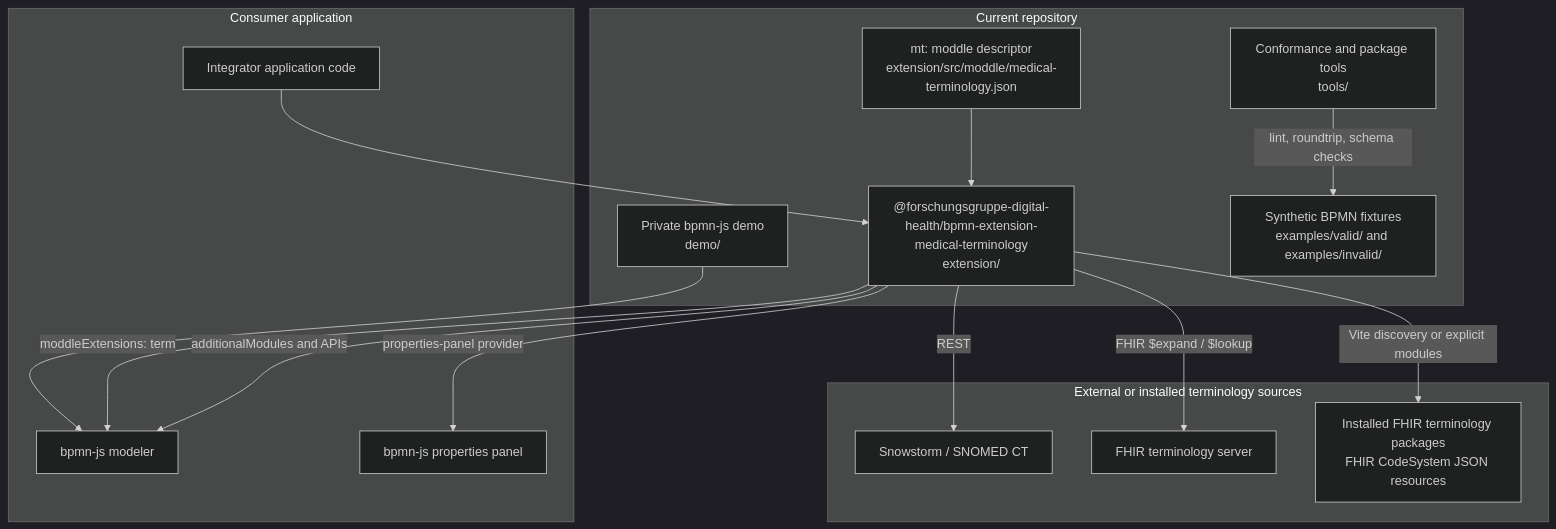
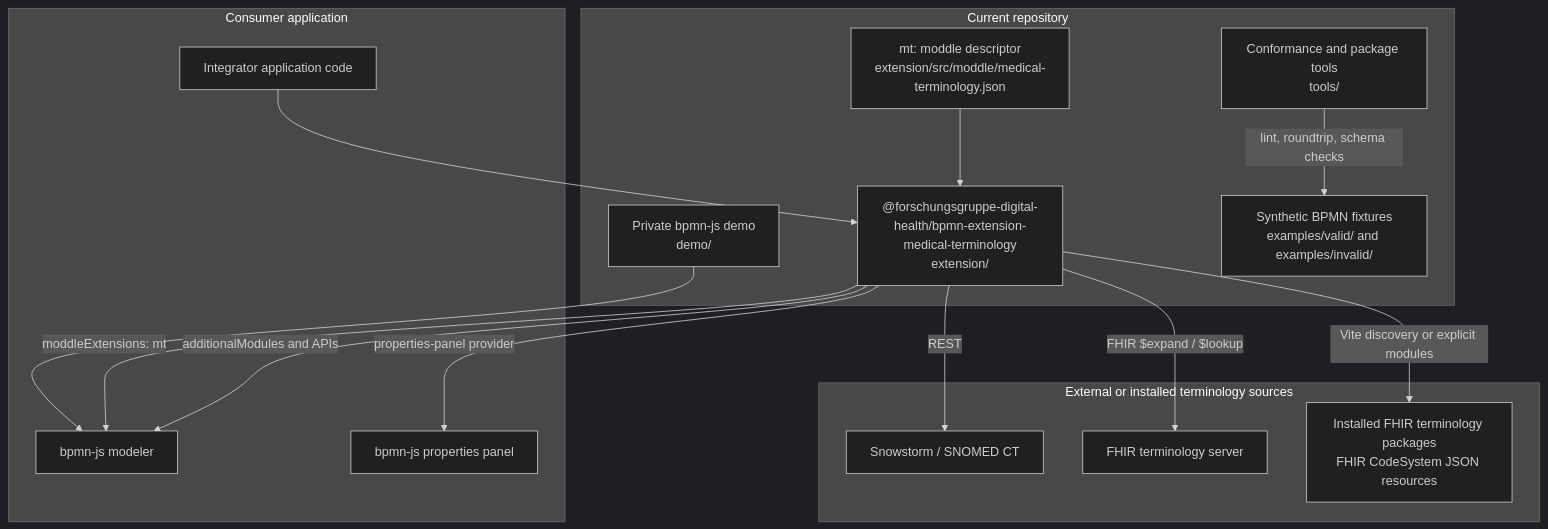
The diagram in docs/arc42/03_context_and_scope.md (forschungsgruppe-digital-health/bpmn-extension-medical-terminology), drawn with Mermaid (dark theme) before and after one commit. The commit also changed 10 other files, not shown here.

````diff
--- a/docs/arc42/03_context_and_scope.md
+++ b/docs/arc42/03_context_and_scope.md
@@ -8,33 +8,33 @@
 ```mermaid
 graph TB
     subgraph Repo["Current repository"]
         EXT["@forschungsgruppe-digital-health/bpmn-extension-medical-terminology<br/>extension/"]
         DEMO["Private bpmn-js demo<br/>demo/"]
         FIX["Synthetic BPMN fixtures<br/>examples/valid/ and examples/invalid/"]
         TOOLS["Conformance and package tools<br/>tools/"]
         MODDLE["mt: moddle descriptor<br/>extension/src/moddle/medical-terminology.json"]
     end
 
     subgraph Host["Consumer application"]
         MODEL["bpmn-js modeler"]
         PANEL["bpmn-js properties panel"]
         APP["Integrator application code"]
     end
 
     subgraph External["External or installed terminology sources"]
         SNOW["Snowstorm / SNOMED CT"]
         FHIR["FHIR terminology server"]
         PACK["Installed FHIR terminology packages<br/>FHIR CodeSystem JSON resources"]
     end
 
     EXT -->|additionalModules and APIs| MODEL
     EXT -->|properties-panel provider| PANEL
-    EXT -->|moddleExtensions: term| MODEL
+    EXT -->|moddleExtensions: mt| MODEL
     APP --> EXT
     DEMO --> MODEL
     MODDLE --> EXT
     EXT -->|REST| SNOW
     EXT -->|FHIR $expand / $lookup| FHIR
     EXT -->|Vite discovery or explicit modules| PACK
     TOOLS -->|lint, roundtrip, schema checks| FIX
 ```
````
